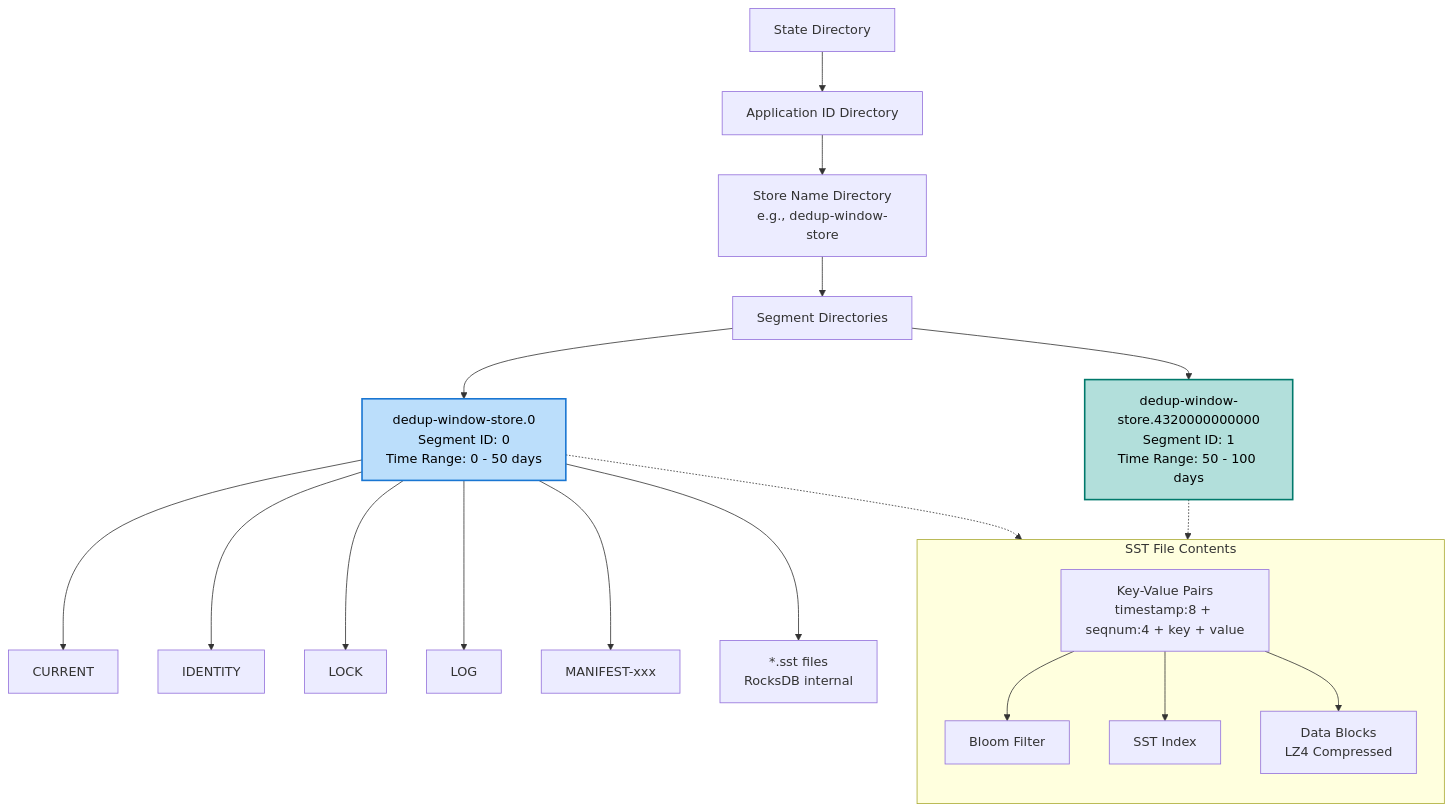
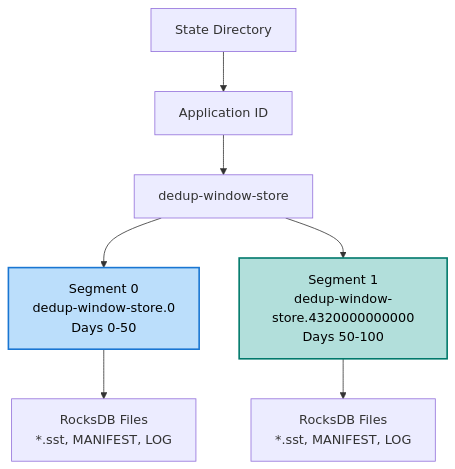
Before and after one commit to yutaofr/my-design-docs: the second of 5 diagrams in deduplication-window-store-design.md, drawn with Mermaid. The commit also changed other lines of this file, not shown here.

Commit message:
refactor the design doc of deduplication solution based on window store

````diff
--- a/deduplication-window-store-design.md
+++ b/deduplication-window-store-design.md
@@ -109,30 +180,13 @@
 ```mermaid
 graph TD
-    A[State Directory] --> B["Application ID Directory"]
-    B --> C["Store Name Directory<br/>e.g., dedup-window-store"]
-    C --> D["Segment Directories"]
+    A[State Directory] --> B["Application ID"]
+    B --> C["dedup-window-store"]
+    C --> D["Segment 0<br/>dedup-window-store.0<br/>Days 0-50"]
+    C --> E["Segment 1<br/>dedup-window-store.4320000000000<br/>Days 50-100"]
     
-    D --> E["dedup-window-store.0<br/>Segment ID: 0<br/>Time Range: 0 - 50 days"]
-    D --> F["dedup-window-store.4320000000000<br/>Segment ID: 1<br/>Time Range: 50 - 100 days"]
+    D --> F["RocksDB Files<br/>*.sst, MANIFEST, LOG"]
+    E --> G["RocksDB Files<br/>*.sst, MANIFEST, LOG"]
     
-    E --> G[CURRENT]
-    E --> H[IDENTITY]
-    E --> I[LOCK]
-    E --> J[LOG]
-    E --> K[MANIFEST-xxx]
-    E --> L["*.sst files<br/>RocksDB internal"]
-    
-    E -.-> M
-    F -.-> M
-    
-    subgraph "SST File Contents"
-        direction TB
-        M["Key-Value Pairs<br/>timestamp:8 + seqnum:4 + key + value"]
-        M --> N["Bloom Filter"]
-        M --> O["SST Index"]
-        M --> P["Data Blocks<br/>LZ4 Compressed"]
-    end
-    
-    style E fill:#BBDEFB,stroke:#1976D2,stroke-width:2px,color:#000
-    style F fill:#B2DFDB,stroke:#00796B,stroke-width:2px,color:#000
+    style D fill:#BBDEFB,stroke:#1976D2,stroke-width:2px,color:#000
+    style E fill:#B2DFDB,stroke:#00796B,stroke-width:2px,color:#000
 ```
````
